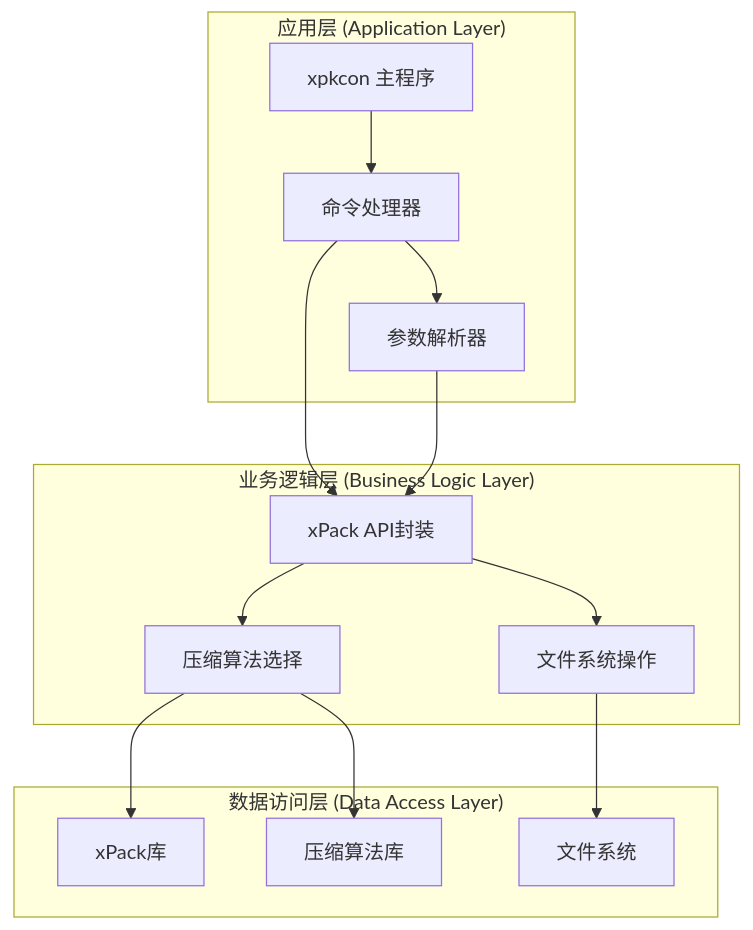
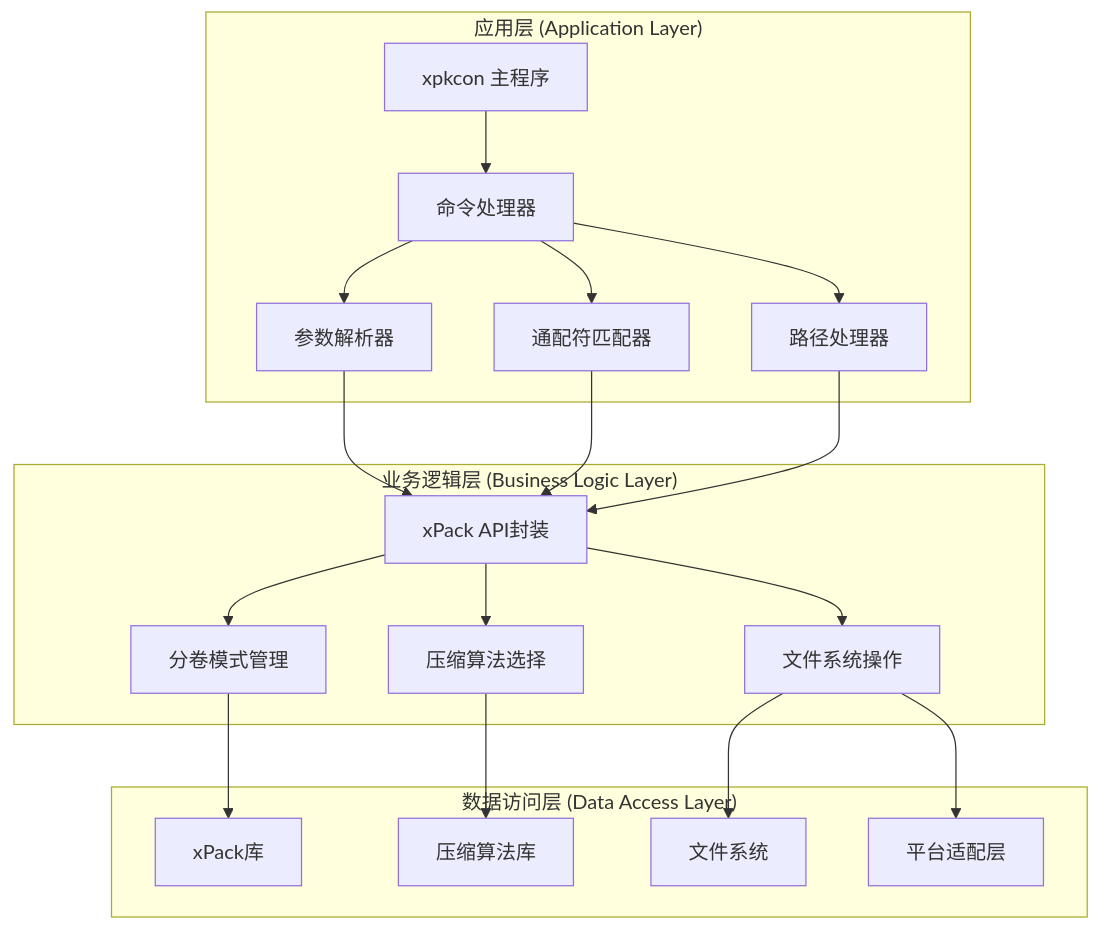
Before and after one commit to xywhsoft/xpack: the third of 10 diagrams in .qoder/repowiki/zh/content/开发者指南/xpkcon 命令行工具.md, drawn with Mermaid. The commit also changed other lines of this file and 14 other files, not shown here.

````diff
--- a/.qoder/repowiki/zh/content/开发者指南/xpkcon 命令行工具.md
+++ b/.qoder/repowiki/zh/content/开发者指南/xpkcon 命令行工具.md
@@ -135,27 +160,36 @@
 ```mermaid
 graph TB
 subgraph "应用层 (Application Layer)"
 A[xpkcon 主程序]
 B[命令处理器]
 C[参数解析器]
+D[通配符匹配器]
+E[路径处理器]
 end
 subgraph "业务逻辑层 (Business Logic Layer)"
-D[xPack API封装]
-E[文件系统操作]
-F[压缩算法选择]
+F[xPack API封装]
+G[文件系统操作]
+H[压缩算法选择]
+I[分卷模式管理]
 end
 subgraph "数据访问层 (Data Access Layer)"
-G[xPack库]
-H[压缩算法库]
-I[文件系统]
+J[xPack库]
+K[压缩算法库]
+L[文件系统]
+M[平台适配层]
 end
 A --> B
 B --> C
 B --> D
-C --> D
-D --> E
+B --> E
+C --> F
 D --> F
-E --> I
+E --> F
+F --> G
 F --> H
-F --> G
+F --> I
+G --> L
+G --> M
+H --> K
+I --> J
 ```
````
